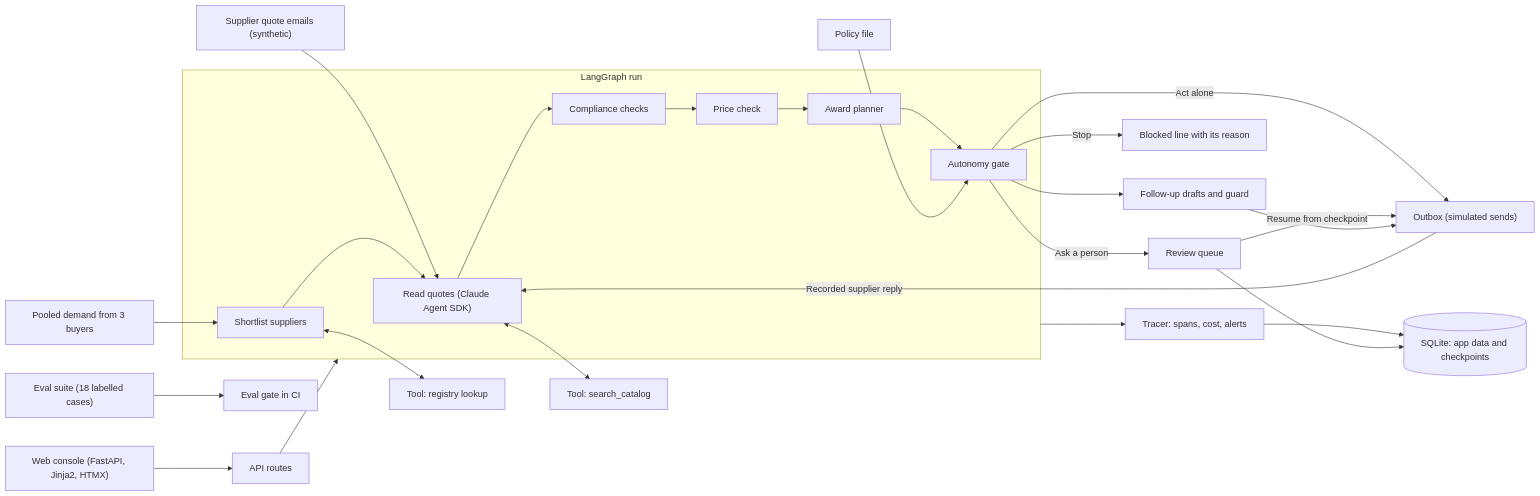
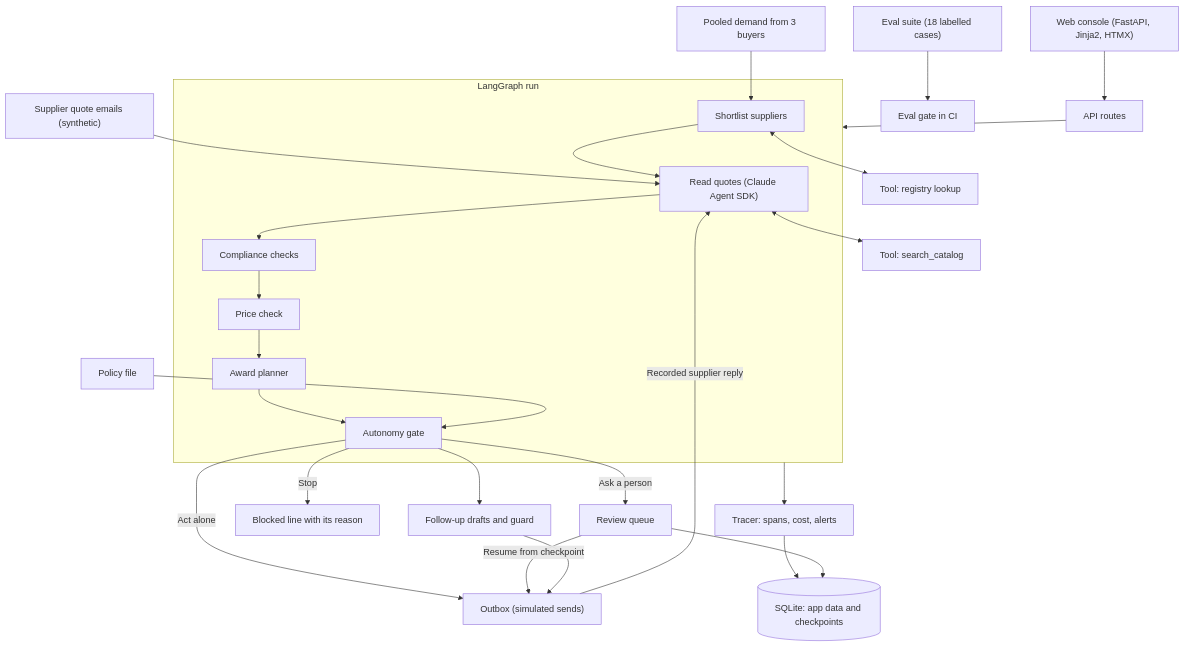
The diagram in README.md (ArchiusVuong-sudo/pharma-rfq-agent), drawn with Mermaid before and after one commit.

Commit message:
Draw the architecture diagram top to bottom so its labels stay readable on GitHub

````diff
--- a/README.md
+++ b/README.md
@@ -19,28 +19,28 @@
 ```mermaid
-flowchart LR
+flowchart TB
     Emails["Supplier quote emails (synthetic)"] --> Read
     Demand["Pooled demand from 3 buyers"] --> Short
     UI["Web console (FastAPI, Jinja2, HTMX)"] --> API["API routes"]
     API --> Graph
     subgraph Graph["LangGraph run"]
         Short["Shortlist suppliers"] --> Read["Read quotes (Claude Agent SDK)"]
         Read --> Checks["Compliance checks"]
         Checks --> Price["Price check"]
         Price --> Plan["Award planner"]
         Plan --> Gate["Autonomy gate"]
     end
     Read <--> Tool["Tool: search_catalog"]
     Short <--> Registry["Tool: registry lookup"]
     Policy["Policy file"] --> Gate
     Gate -->|"Act alone"| Outbox["Outbox (simulated sends)"]
     Gate -->|"Ask a person"| Review["Review queue"]
     Review -->|"Resume from checkpoint"| Outbox
     Gate -->|"Stop"| Blocked["Blocked line with its reason"]
     Gate --> FollowUp["Follow-up drafts and guard"]
     FollowUp --> Outbox
     Outbox -->|"Recorded supplier reply"| Read
     Graph --> Tracer["Tracer: spans, cost, alerts"]
     Tracer --> DB[("SQLite: app data and checkpoints")]
     Review --> DB
     Evals["Eval suite (18 labelled cases)"] --> EvalGate["Eval gate in CI"]
 ```
````
